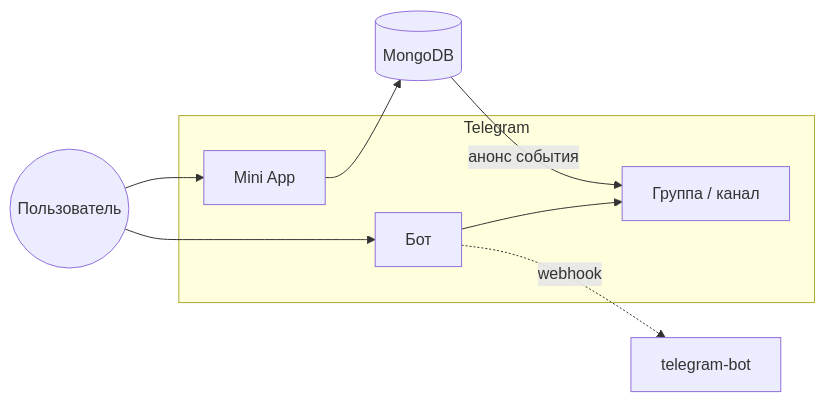
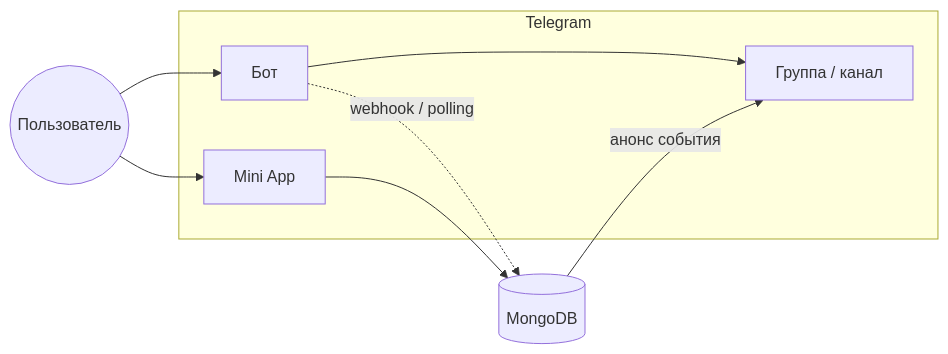
One commit to sonkin/BelgradeCalendar changed the diagram in README.md. Above: the diagram before and after it, drawn with Mermaid. The commit also changed other lines of this file and 22 other files, not shown here.

Commit message:
telegram bot removed

````diff
--- a/README.md
+++ b/README.md
@@ -9,16 +9,16 @@
 ```mermaid
 flowchart LR
   subgraph telegram [Telegram]
     Group[Группа / канал]
     Bot[Бот]
     MiniApp[Mini App]
   end
 
   User((Пользователь)) --> Bot
   User --> MiniApp
   Bot --> Group
   MiniApp --> API
   API[(MongoDB)]
-  Bot -.->|webhook| BotSvc[telegram-bot]
+  Bot -.->|webhook / polling| API
   API -->|анонс события| Group
 ```
````
